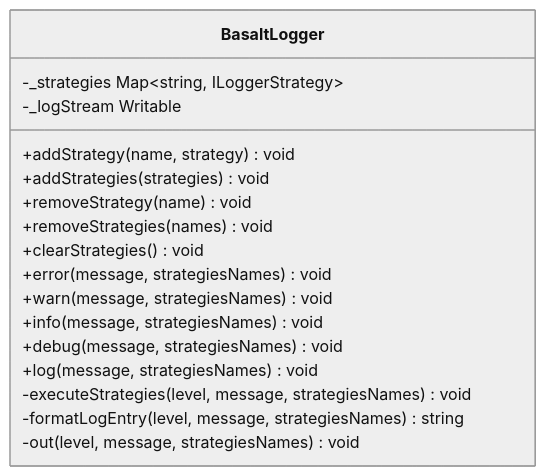
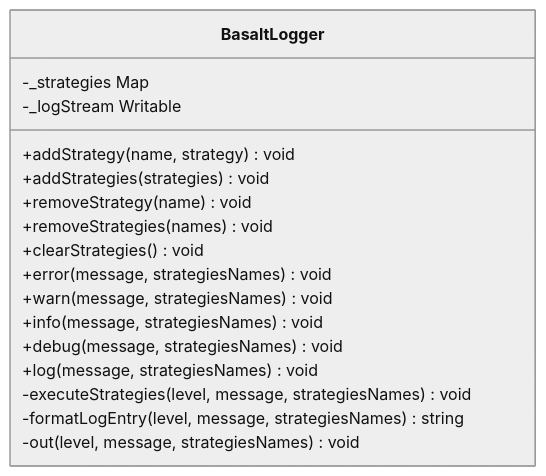
One commit to Basalt-Lab/basalt-doc changed the diagram in docs/basalt-logger/reference/BasaltLogger.en.md. Above: the diagram before and after it, drawn with Mermaid (neutral theme). The commit also changed 6 other files, not shown here.

````diff
--- a/docs/basalt-logger/reference/BasaltLogger.en.md
+++ b/docs/basalt-logger/reference/BasaltLogger.en.md
@@ -7,20 +7,20 @@
 ```mermaid
 classDiagram
     class BasaltLogger {
-        -_strategies Map~string, ILoggerStrategy~
+        -_strategies Map<string, ILoggerStrategy>
         -_logStream Writable
         +addStrategy(name, strategy) void
         +addStrategies(strategies) void
         +removeStrategy(name) void
         +removeStrategies(names) void
         +clearStrategies() void
         +error(message, strategiesNames) void
         +warn(message, strategiesNames) void
         +info(message, strategiesNames) void
         +debug(message, strategiesNames) void
         +log(message, strategiesNames) void
         -executeStrategies(level, message, strategiesNames) void
         -formatLogEntry(level, message, strategiesNames) string
         -out(level, message, strategiesNames) void
     }
 ```
````
